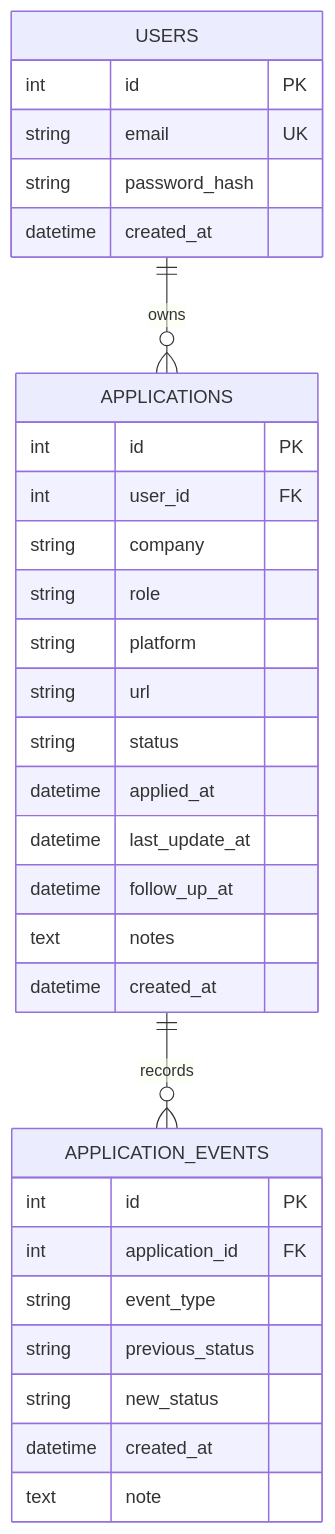
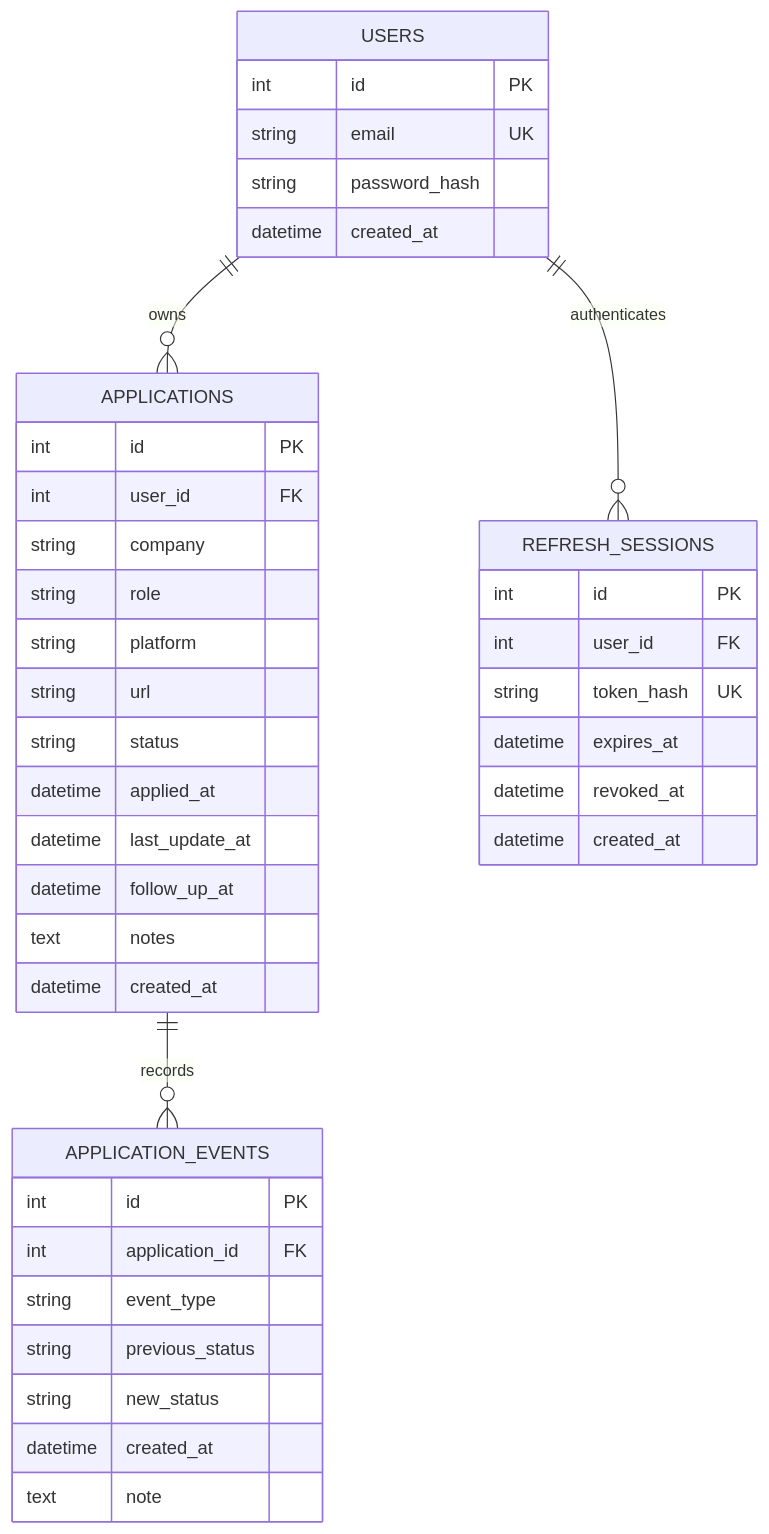
The second of 2 diagrams in README.md (ADAMDEV01/applyboard), drawn with Mermaid before and after one commit. The commit also changed other lines of this file, not shown here.

Commit message:
docs: include refresh session table in data model

````diff
--- a/README.md
+++ b/README.md
@@ -35,34 +35,43 @@
 ```mermaid
 erDiagram
     USERS ||--o{ APPLICATIONS : owns
+    USERS ||--o{ REFRESH_SESSIONS : authenticates
     APPLICATIONS ||--o{ APPLICATION_EVENTS : records
     USERS {
         int id PK
         string email UK
         string password_hash
         datetime created_at
     }
     APPLICATIONS {
         int id PK
         int user_id FK
         string company
         string role
         string platform
         string url
         string status
         datetime applied_at
         datetime last_update_at
         datetime follow_up_at
         text notes
         datetime created_at
     }
+    REFRESH_SESSIONS {
+        int id PK
+        int user_id FK
+        string token_hash UK
+        datetime expires_at
+        datetime revoked_at
+        datetime created_at
+    }
     APPLICATION_EVENTS {
         int id PK
         int application_id FK
         string event_type
         string previous_status
         string new_status
         datetime created_at
         text note
     }
 ```
````
